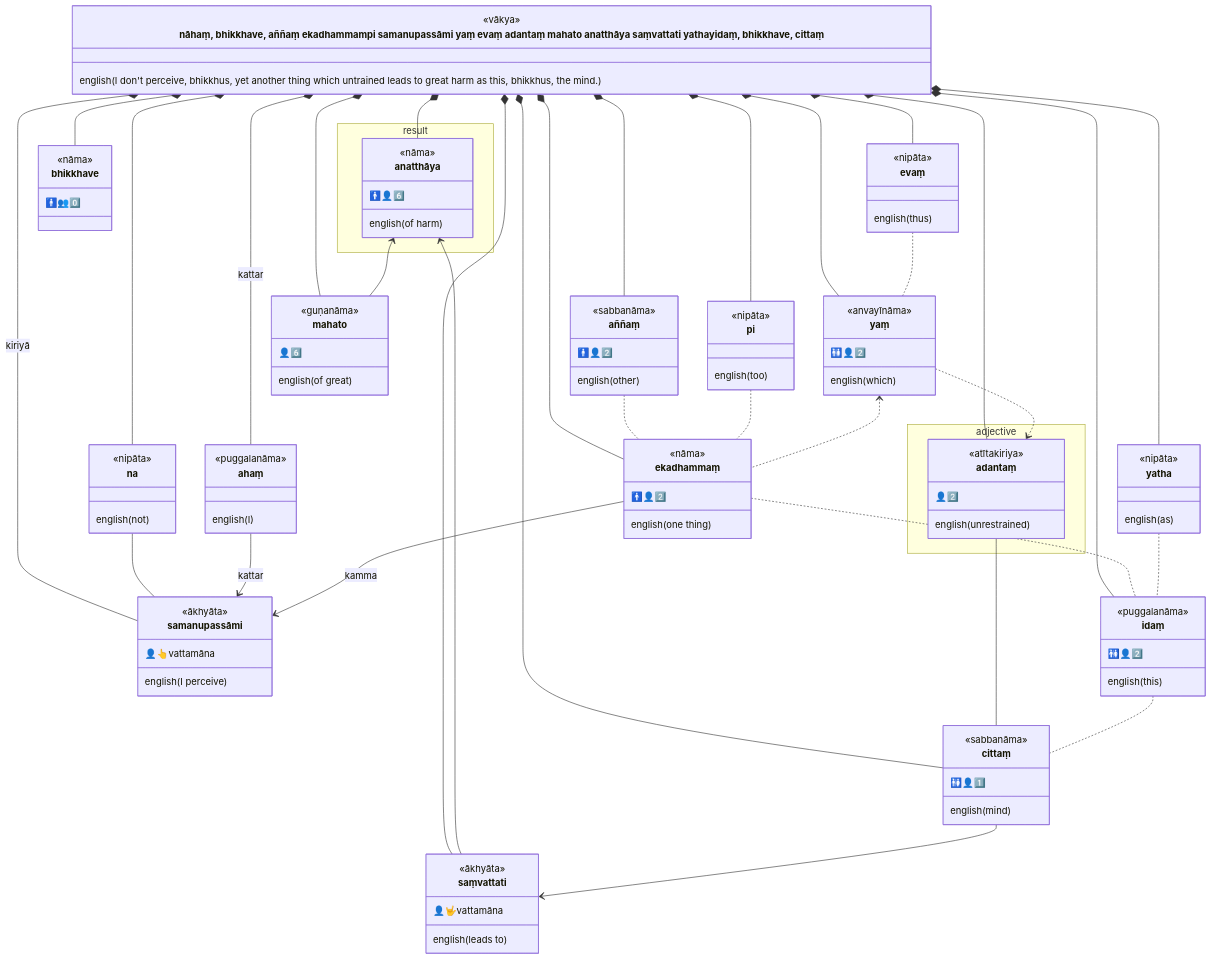
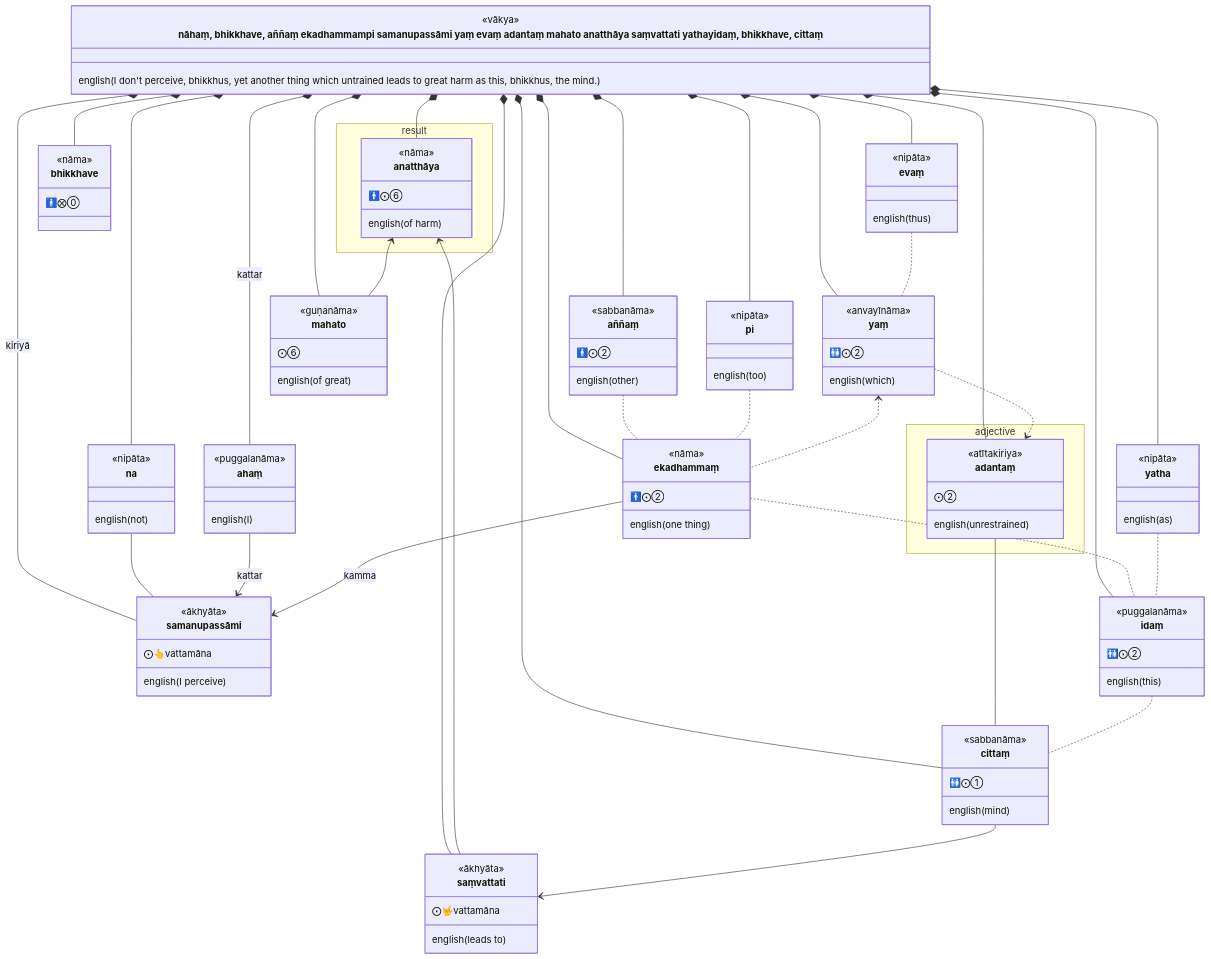
Before and after one commit to ChristineTham/buddhavacana: the first of 5 diagrams in content/en/docs/Sutta/aṅguttaranikāyo/ekakanipātapāḷi/adantavaggo.md, drawn with Mermaid. The commit also changed other lines of this file and 71 other files, not shown here.

```diff
--- a/content/en/docs/Sutta/aṅguttaranikāyo/ekakanipātapāḷi/adantavaggo.md
+++ b/content/en/docs/Sutta/aṅguttaranikāyo/ekakanipātapāḷi/adantavaggo.md
@@ -37,16 +37,16 @@
   }
   class bhikkhave {
     <<nāma>>
-    🚹👥0️⃣
+    🚹⨂⓪
   }
   class aññaṃ {
     <<sabbanāma>>
-    🚹👤2️⃣
+    🚹⨀②
     english(other)
   }
   class ekadhammaṃ {
     <<nāma>>
-    🚹👤2️⃣
+    🚹⨀②
     english(one thing)
   }
   class pi {
@@ -55,12 +55,12 @@
   }
   class samanupassāmi {
     <<ākhyāta>>
-    👤👆vattamāna
+    ⨀👆vattamāna
     english(I perceive)
   }
   class yaṃ {
     <<anvayīnāma>>
-    🚻👤2️⃣
+    🚻⨀②
     english(which)
   }
   class evaṃ {
@@ -70,25 +70,25 @@
   namespace adjective {
     class adantaṃ {
       <<atītakiriya>>
-      👤2️⃣
+      ⨀②
       english(unrestrained)
     }
   }
   class mahato {
     <<guṇanāma>>
-     👤6️⃣
+     ⨀⑥
     english(of great)
   }
   namespace result {
     class anatthāya {
       <<nāma>>
-      🚹👤6️⃣
+      🚹⨀⑥
       english(of harm)
     }
   }
   class saṃvattati {
     <<ākhyāta>>
-    👤🤟vattamāna
+    ⨀🤟vattamāna
     english(leads to)
   }
   class yatha {
@@ -97,12 +97,12 @@
   }
   class idaṃ {
     <<puggalanāma>>
-    🚻👤2️⃣
+    🚻⨀②
     english(this)
   }
   class cittaṃ {
     <<sabbanāma>>
-    🚻👤1️⃣
+    🚻⨀①
     english(mind)
   }
   sentence *-- na
```
